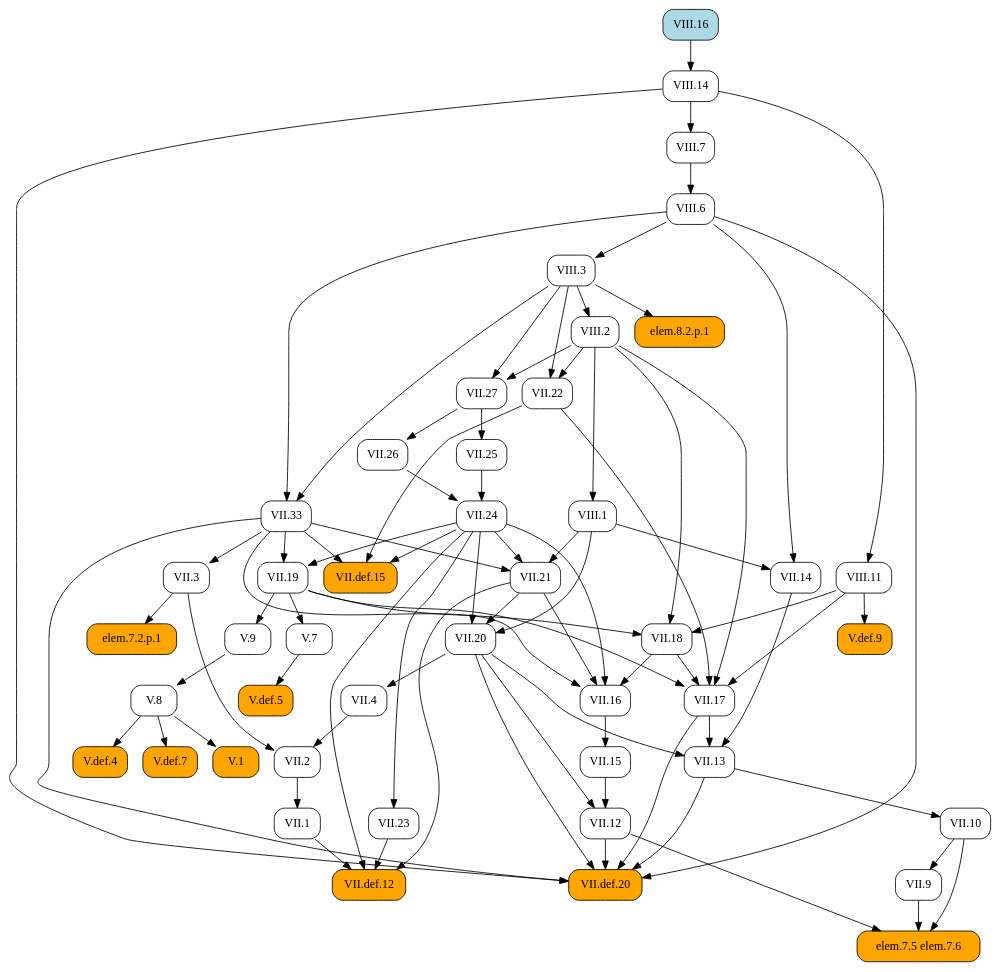
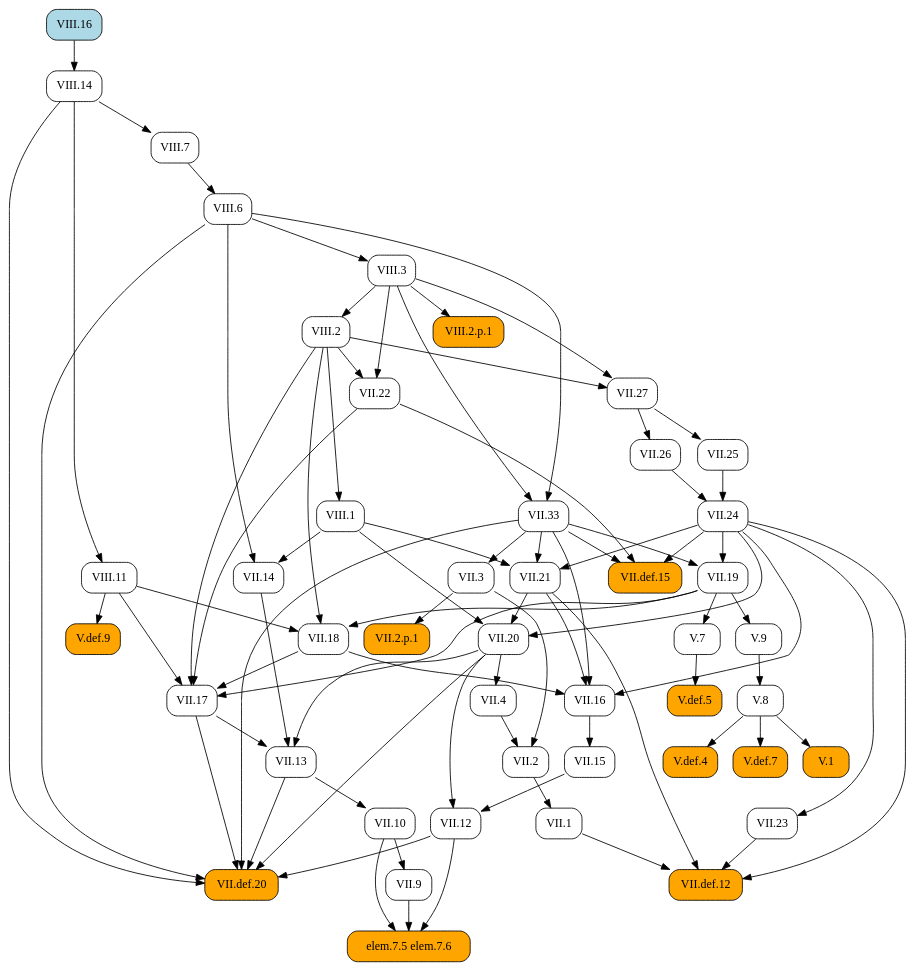
One commit to geometor/elements changed the diagram in docsrc/heath/VIII/16/index.rst. Above: the diagram before and after it, drawn with Graphviz. The commit also changed 484 other files, not shown here.

```diff
--- a/docsrc/heath/VIII/16/index.rst
+++ b/docsrc/heath/VIII/16/index.rst
@@ -36,123 +36,90 @@
    digraph {
      rankdir="TB";
      node [shape=box, style=rounded];
-     "VII.1" [URL="/heath/VII/1/", target="_top"];
+     "VII.33" [URL="/heath/VII/33/", target="_top"];
+     "VII.12" [URL="/heath/VII/12/", target="_top"];
+     "VIII.6" [URL="/heath/VIII/6/", target="_top"];
+     "elem.7.5 elem.7.6" [style="rounded,filled", fillcolor=orange];
      "VII.9" [URL="/heath/VII/9/", target="_top"];
+     "VIII.2" [URL="/heath/VIII/2/", target="_top"];
+     "VII.18" [URL="/heath/VII/18/", target="_top"];
+     "VII.16" [URL="/heath/VII/16/", target="_top"];
+     "V.7" [URL="/heath/V/7/", target="_top"];
+     "VII.26" [URL="/heath/VII/26/", target="_top"];
      "V.def.5" [style="rounded,filled", fillcolor=orange, URL="/heath/V/def.5/", target="_top"];
-     "VII.3" [URL="/heath/VII/3/", target="_top"];
+     "V.9" [URL="/heath/V/9/", target="_top"];
+     "VII.10" [URL="/heath/VII/10/", target="_top"];
+     "VIII.3" [URL="/heath/VIII/3/", target="_top"];
+     "VII.13" [URL="/heath/VII/13/", target="_top"];
+     "VII.def.15" [style="rounded,filled", fillcolor=orange, URL="/heath/VII/def.15/", target="_top"];
+     "VIII.14" [URL="/heath/VIII/14/", target="_top"];
      "VII.17" [URL="/heath/VII/17/", target="_top"];
-     "elem.7.5 elem.7.6" [style="rounded,filled", fillcolor=orange];
-     "V.7" [URL="/heath/V/7/", target="_top"];
-     "V.9" [URL="/heath/V/9/", target="_top"];
-     "VII.13" [URL="/heath/VII/13/", target="_top"];
-     "VII.2" [URL="/heath/VII/2/", target="_top"];
-     "VIII.1" [URL="/heath/VIII/1/", target="_top"];
-     "VIII.2" [URL="/heath/VIII/2/", target="_top"];
-     "VIII.14" [URL="/heath/VIII/14/", target="_top"];
-     "VII.12" [URL="/heath/VII/12/", target="_top"];
-     "VIII.16" [style="rounded,filled", fillcolor=lightblue, URL="/heath/VIII/16/", target="_top"];
-     "VIII.6" [URL="/heath/VIII/6/", target="_top"];
-     "VII.24" [URL="/heath/VII/24/", target="_top"];
-     "VII.def.12" [style="rounded,filled", fillcolor=orange, URL="/heath/VII/def.12/", target="_top"];
-     "V.8" [URL="/heath/V/8/", target="_top"];
-     "VII.33" [URL="/heath/VII/33/", target="_top"];
-     "V.def.9" [style="rounded,filled", fillcolor=orange, URL="/heath/V/def.9/", target="_top"];
-     "elem.7.2.p.1" [style="rounded,filled", fillcolor=orange];
-     "VIII.7" [URL="/heath/VIII/7/", target="_top"];
-     "VII.10" [URL="/heath/VII/10/", target="_top"];
-     "VII.def.15" [style="rounded,filled", fillcolor=orange, URL="/heath/VII/def.15/", target="_top"];
-     "VII.18" [URL="/heath/VII/18/", target="_top"];
      "VII.19" [URL="/heath/VII/19/", target="_top"];
      "VIII.11" [URL="/heath/VIII/11/", target="_top"];
-     "VII.16" [URL="/heath/VII/16/", target="_top"];
-     "VII.26" [URL="/heath/VII/26/", target="_top"];
-     "VII.4" [URL="/heath/VII/4/", target="_top"];
-     "VII.25" [URL="/heath/VII/25/", target="_top"];
-     "VII.21" [URL="/heath/VII/21/", target="_top"];
-     "V.1" [style="rounded,filled", fillcolor=orange, URL="/heath/V/1/", target="_top"];
-     "VII.20" [URL="/heath/VII/20/", target="_top"];
+     "VIII.2.p.1" [style="rounded,filled", fillcolor=orange];
+     "VII.def.20" [style="rounded,filled", fillcolor=orange, URL="/heath/VII/def.20/", target="_top"];
+     "VII.2" [URL="/heath/VII/2/", target="_top"];
+     "VII.15" [URL="/heath/VII/15/", target="_top"];
+     "VII.2.p.1" [style="rounded,filled", fillcolor=orange];
+     "V.def.4" [style="rounded,filled", fillcolor=orange, URL="/heath/V/def.4/", target="_top"];
+     "VIII.7" [URL="/heath/VIII/7/", target="_top"];
+     "V.def.7" [style="rounded,filled", fillcolor=orange, URL="/heath/V/def.7/", target="_top"];
+     "VIII.16" [style="rounded,filled", fillcolor=lightblue, URL="/heath/VIII/16/", target="_top"];
      "VII.14" [URL="/heath/VII/14/", target="_top"];
      "VII.27" [URL="/heath/VII/27/", target="_top"];
-     "VIII.3" [URL="/heath/VIII/3/", target="_top"];
-     "V.def.4" [style="rounded,filled", fillcolor=orange, URL="/heath/V/def.4/", target="_top"];
+     "VII.21" [URL="/heath/VII/21/", target="_top"];
      "VII.22" [URL="/heath/VII/22/", target="_top"];
-     "V.def.7" [style="rounded,filled", fillcolor=orange, URL="/heath/V/def.7/", target="_top"];
+     "VII.25" [URL="/heath/VII/25/", target="_top"];
+     "VIII.1" [URL="/heath/VIII/1/", target="_top"];
+     "VII.1" [URL="/heath/VII/1/", target="_top"];
+     "V.8" [URL="/heath/V/8/", target="_top"];
      "VII.23" [URL="/heath/VII/23/", target="_top"];
-     "VII.15" [URL="/heath/VII/15/", target="_top"];
-     "VII.def.20" [style="rounded,filled", fillcolor=orange, URL="/heath/VII/def.20/", target="_top"];
-     "elem.8.2.p.1" [style="rounded,filled", fillcolor=orange];
-     "VII.2" -> "VII.1";
+     "VII.4" [URL="/heath/VII/4/", target="_top"];
+     "VII.def.12" [style="rounded,filled", fillcolor=orange, URL="/heath/VII/def.12/", target="_top"];
+     "V.1" [style="rounded,filled", fillcolor=orange, URL="/heath/V/1/", target="_top"];
+     "V.def.9" [style="rounded,filled", fillcolor=orange, URL="/heath/V/def.9/", target="_top"];
+     "VII.3" [URL="/heath/VII/3/", target="_top"];
+     "VII.24" [URL="/heath/VII/24/", target="_top"];
+     "VII.20" [URL="/heath/VII/20/", target="_top"];
+     "VIII.3" -> "VII.33";
+     "VIII.6" -> "VII.33";
+     "VII.15" -> "VII.12";
+     "VII.20" -> "VII.12";
+     "VIII.7" -> "VIII.6";
+     "VII.9" -> "elem.7.5 elem.7.6";
+     "VII.10" -> "elem.7.5 elem.7.6";
+     "VII.12" -> "elem.7.5 elem.7.6";
      "VII.10" -> "VII.9";
+     "VIII.3" -> "VIII.2";
+     "VII.19" -> "VII.18";
+     "VIII.2" -> "VII.18";
+     "VIII.11" -> "VII.18";
+     "VII.18" -> "VII.16";
+     "VII.21" -> "VII.16";
+     "VII.24" -> "VII.16";
+     "VII.33" -> "VII.16";
+     "VII.19" -> "V.7";
+     "VII.27" -> "VII.26";
      "V.7" -> "V.def.5";
-     "VII.33" -> "VII.3";
+     "VII.19" -> "V.9";
+     "VII.13" -> "VII.10";
+     "VIII.6" -> "VIII.3";
+     "VII.14" -> "VII.13";
+     "VII.17" -> "VII.13";
+     "VII.20" -> "VII.13";
+     "VII.22" -> "VII.def.15";
+     "VII.24" -> "VII.def.15";
+     "VII.33" -> "VII.def.15";
+     "VIII.16" -> "VIII.14";
      "VII.18" -> "VII.17";
      "VII.19" -> "VII.17";
      "VII.22" -> "VII.17";
      "VIII.2" -> "VII.17";
      "VIII.11" -> "VII.17";
-     "VII.9" -> "elem.7.5 elem.7.6";
-     "VII.10" -> "elem.7.5 elem.7.6";
-     "VII.12" -> "elem.7.5 elem.7.6";
-     "VII.19" -> "V.7";
-     "VII.19" -> "V.9";
-     "VII.14" -> "VII.13";
-     "VII.17" -> "VII.13";
-     "VII.20" -> "VII.13";
-     "VII.3" -> "VII.2";
-     "VII.4" -> "VII.2";
-     "VIII.2" -> "VIII.1";
-     "VIII.3" -> "VIII.2";
-     "VIII.16" -> "VIII.14";
-     "VII.15" -> "VII.12";
-     "VII.20" -> "VII.12";
-     "VIII.7" -> "VIII.6";
-     "VII.25" -> "VII.24";
-     "VII.26" -> "VII.24";
-     "VII.1" -> "VII.def.12";
-     "VII.21" -> "VII.def.12";
-     "VII.23" -> "VII.def.12";
-     "VII.24" -> "VII.def.12";
-     "V.9" -> "V.8";
-     "VIII.3" -> "VII.33";
-     "VIII.6" -> "VII.33";
-     "VIII.11" -> "V.def.9";
-     "VII.3" -> "elem.7.2.p.1";
-     "VIII.14" -> "VIII.7";
-     "VII.13" -> "VII.10";
-     "VII.22" -> "VII.def.15";
-     "VII.24" -> "VII.def.15";
-     "VII.33" -> "VII.def.15";
-     "VII.19" -> "VII.18";
-     "VIII.2" -> "VII.18";
-     "VIII.11" -> "VII.18";
      "VII.24" -> "VII.19";
      "VII.33" -> "VII.19";
      "VIII.14" -> "VIII.11";
-     "VII.18" -> "VII.16";
-     "VII.21" -> "VII.16";
-     "VII.24" -> "VII.16";
-     "VII.33" -> "VII.16";
-     "VII.27" -> "VII.26";
-     "VII.20" -> "VII.4";
-     "VII.27" -> "VII.25";
-     "VII.24" -> "VII.21";
-     "VII.33" -> "VII.21";
-     "VIII.1" -> "VII.21";
-     "V.8" -> "V.1";
-     "VII.21" -> "VII.20";
-     "VII.24" -> "VII.20";
-     "VIII.1" -> "VII.20";
-     "VIII.1" -> "VII.14";
-     "VIII.6" -> "VII.14";
-     "VIII.2" -> "VII.27";
-     "VIII.3" -> "VII.27";
-     "VIII.6" -> "VIII.3";
-     "V.8" -> "V.def.4";
-     "VIII.2" -> "VII.22";
-     "VIII.3" -> "VII.22";
-     "V.8" -> "V.def.7";
-     "VII.24" -> "VII.23";
-     "VII.16" -> "VII.15";
+     "VIII.3" -> "VIII.2.p.1";
      "VII.12" -> "VII.def.20";
      "VII.13" -> "VII.def.20";
      "VII.17" -> "VII.def.20";
@@ -160,5 +127,38 @@
      "VII.33" -> "VII.def.20";
      "VIII.6" -> "VII.def.20";
      "VIII.14" -> "VII.def.20";
-     "VIII.3" -> "elem.8.2.p.1";
+     "VII.3" -> "VII.2";
+     "VII.4" -> "VII.2";
+     "VII.16" -> "VII.15";
+     "VII.3" -> "VII.2.p.1";
+     "V.8" -> "V.def.4";
+     "VIII.14" -> "VIII.7";
+     "V.8" -> "V.def.7";
+     "VIII.1" -> "VII.14";
+     "VIII.6" -> "VII.14";
+     "VIII.2" -> "VII.27";
+     "VIII.3" -> "VII.27";
+     "VII.24" -> "VII.21";
+     "VII.33" -> "VII.21";
+     "VIII.1" -> "VII.21";
+     "VIII.2" -> "VII.22";
+     "VIII.3" -> "VII.22";
+     "VII.27" -> "VII.25";
+     "VIII.2" -> "VIII.1";
+     "VII.2" -> "VII.1";
+     "V.9" -> "V.8";
+     "VII.24" -> "VII.23";
+     "VII.20" -> "VII.4";
+     "VII.1" -> "VII.def.12";
+     "VII.21" -> "VII.def.12";
+     "VII.23" -> "VII.def.12";
+     "VII.24" -> "VII.def.12";
+     "V.8" -> "V.1";
+     "VIII.11" -> "V.def.9";
+     "VII.33" -> "VII.3";
+     "VII.25" -> "VII.24";
+     "VII.26" -> "VII.24";
+     "VII.21" -> "VII.20";
+     "VII.24" -> "VII.20";
+     "VIII.1" -> "VII.20";
    }
```
